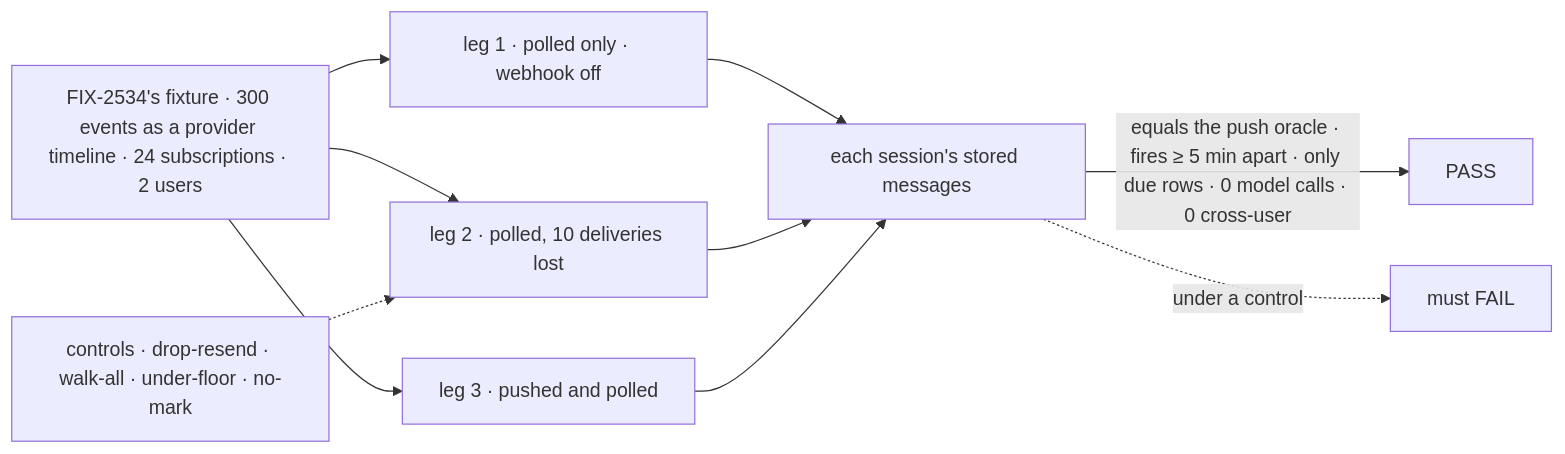
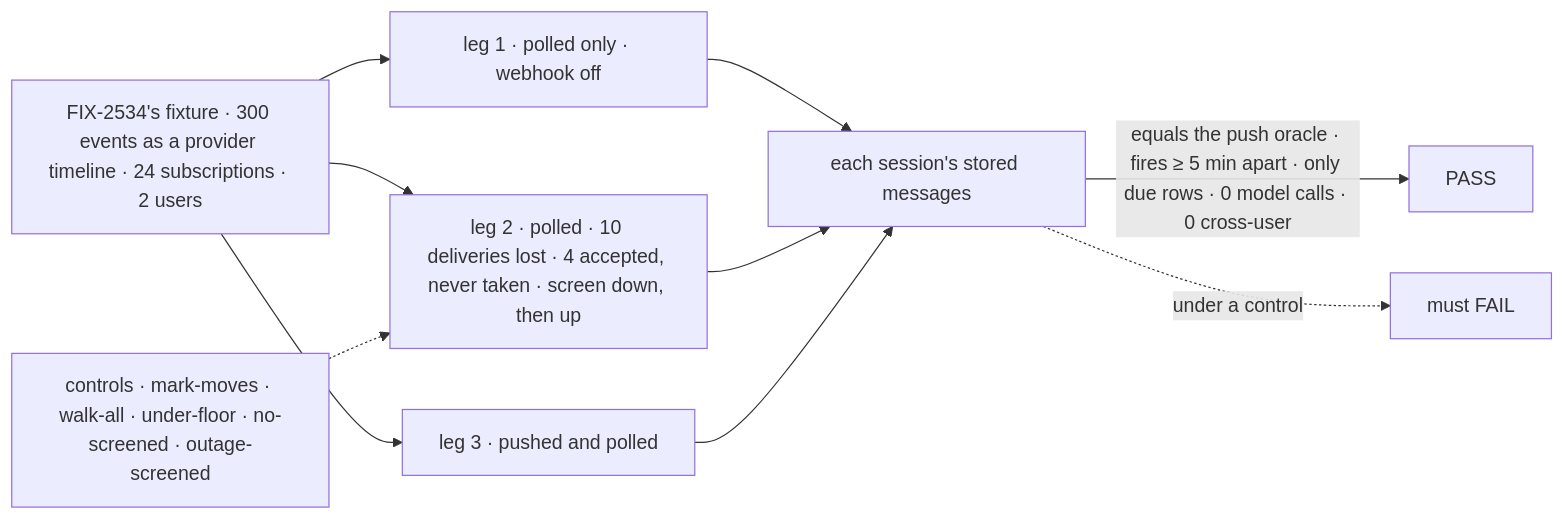
One commit to fixpoint-labs/flow-state-dev changed the first of 2 diagrams in specs/issues/FIX-2536/SPEC.md. Above: the diagram before and after it, drawn with Mermaid. The commit also changed other lines of this file and 3 other files, not shown here.

First line of the commit message:
spec(FIX-2536): fold review — held mark + screened, one shared tick

````diff
--- a/specs/issues/FIX-2536/SPEC.md
+++ b/specs/issues/FIX-2536/SPEC.md
@@ -33,12 +32,12 @@
 ```mermaid
 flowchart LR
   F["FIX-2534's fixture · 300 events as a provider timeline · 24 subscriptions · 2 users"] --> P1["leg 1 · polled only · webhook off"]
-  F --> P2["leg 2 · polled, 10 deliveries lost"]
+  F --> P2["leg 2 · polled · 10 deliveries lost · 4 accepted, never taken · screen down, then up"]
   F --> P3["leg 3 · pushed and polled"]
   P1 --> S["each session's stored messages"]
   P2 --> S
   P3 --> S
   S -->|"equals the push oracle · fires ≥ 5 min apart · only due rows · 0 model calls · 0 cross-user"| OK["PASS"]
-  C["controls · drop-resend · walk-all · under-floor · no-mark"] -.-> P2
+  C["controls · mark-moves · walk-all · under-floor · no-screened · outage-screened"] -.-> P2
   S -.->|"under a control"| X["must FAIL"]
 ```
````
